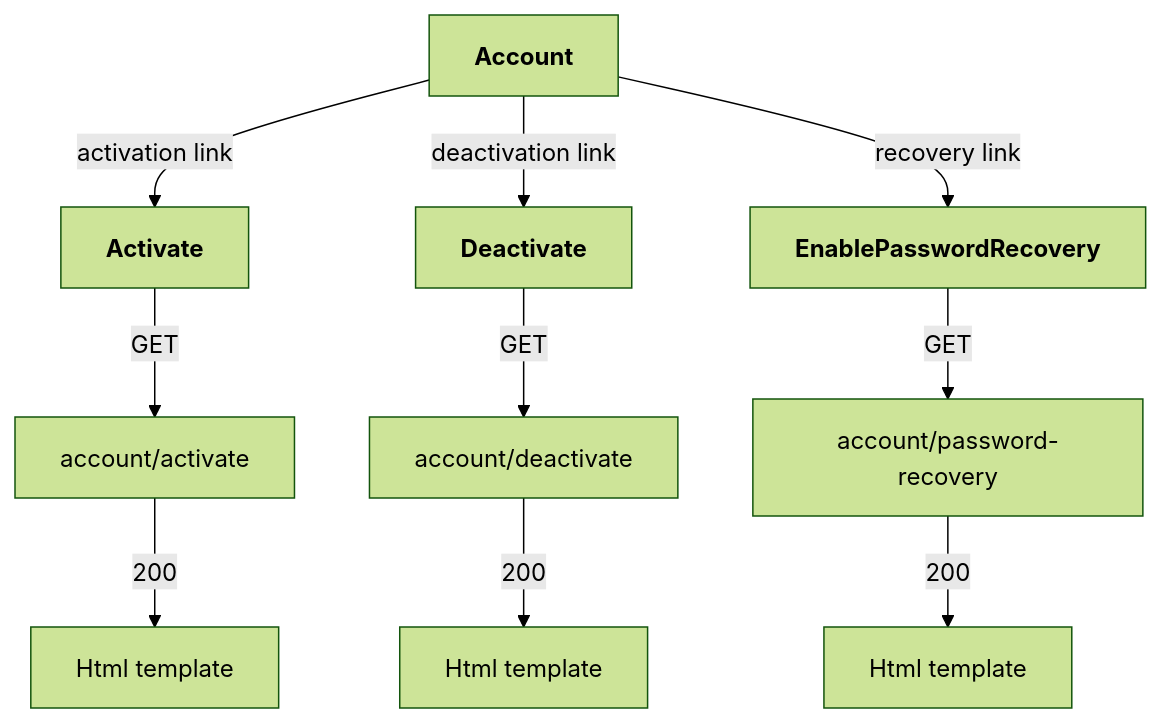
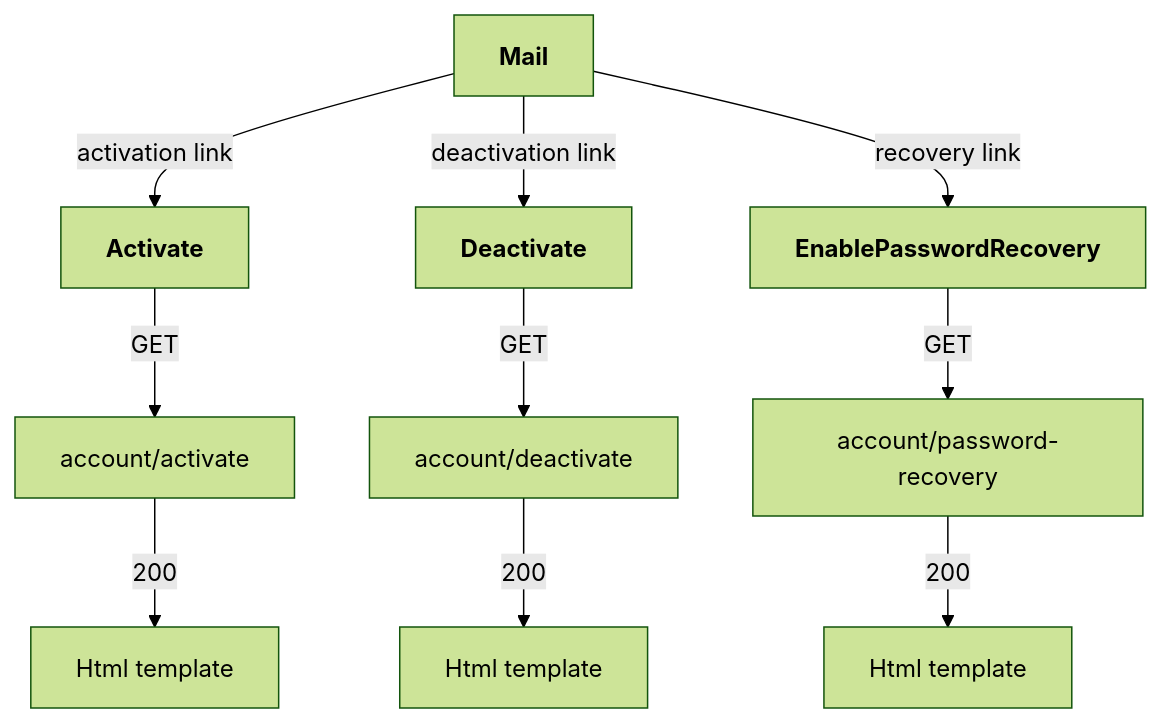
The second of 10 diagrams in README.md (Karmello/ask-the-world-api), drawn with Mermaid (forest theme) before and after one commit. The commit also changed other lines of this file, not shown here.

````diff
--- a/README.md
+++ b/README.md
@@ -16,6 +16,6 @@
 ```mermaid
 flowchart
-ROOT[<b>Account</b>] --> |activation link|A1[<b>Activate</b>] --> |GET|A2[account/activate] --> |200|A3[Html template]
+ROOT[<b>Mail</b>] --> |activation link|A1[<b>Activate</b>] --> |GET|A2[account/activate] --> |200|A3[Html template]
 ROOT --> |deactivation link|B1[<b>Deactivate</b>] --> |GET|B2[account/deactivate] --> |200|B3[Html template]
 ROOT --> |recovery link|C1[<b>EnablePasswordRecovery</b>] --> |GET|C2[account/password-recovery] --> |200|C3[Html template]
 ```
````
